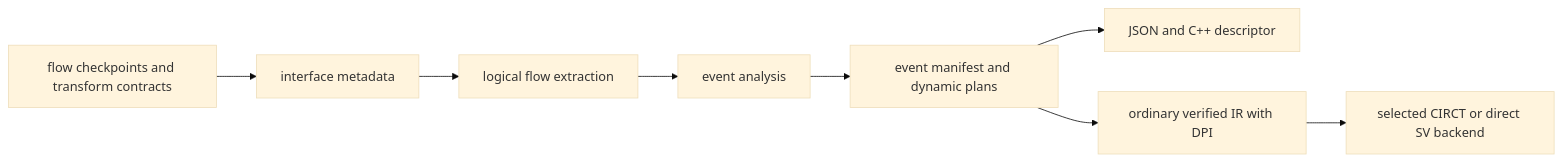
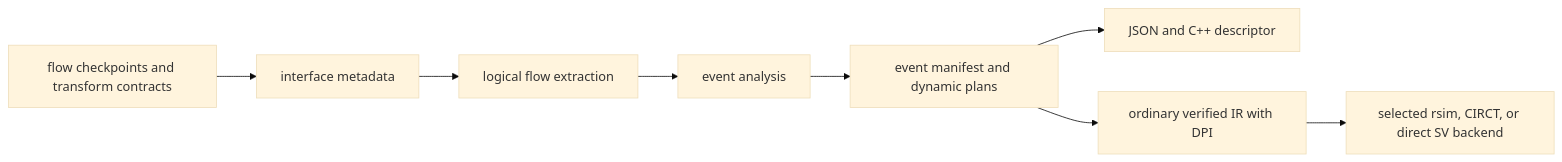
One commit to jerryz123/rhodium changed the diagram in rhodium/event/DEVELOPING.md. Above: the diagram before and after it, drawn with Mermaid (base theme). The commit also changed other lines of this file and 274 other files, not shown here.

````diff
--- a/rhodium/event/DEVELOPING.md
+++ b/rhodium/event/DEVELOPING.md
@@ -12,10 +12,10 @@
 ```mermaid
 flowchart LR
   Author["flow checkpoints and transform contracts"] --> Interface["interface metadata"]
   Interface --> Diagram["logical flow extraction"]
   Diagram --> Analyze["event analysis"]
   Analyze --> Manifest["event manifest and dynamic plans"]
   Manifest --> Descriptor["JSON and C++ descriptor"]
   Manifest --> Instrument["ordinary verified IR with DPI"]
-  Instrument --> Backend["selected CIRCT or direct SV backend"]
+  Instrument --> Backend["selected rsim, CIRCT, or direct SV backend"]
 ```
````
